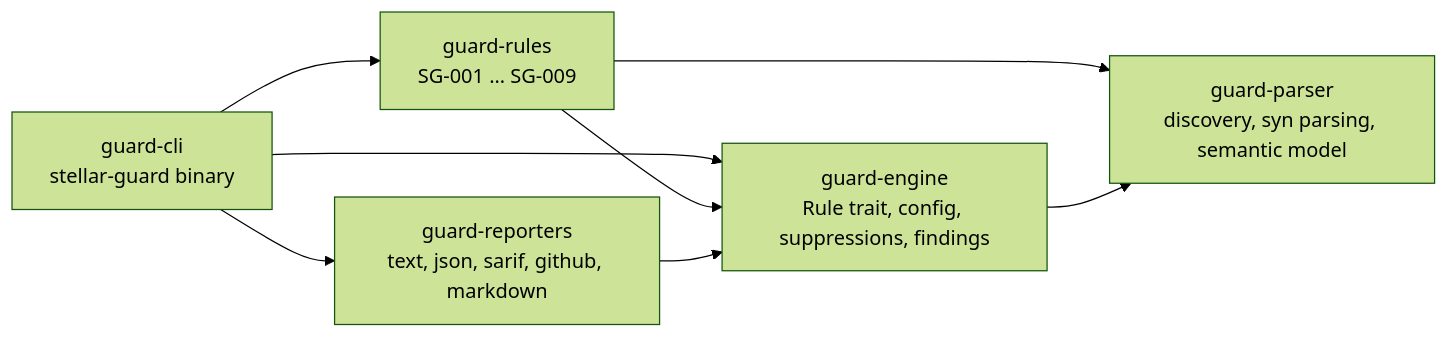
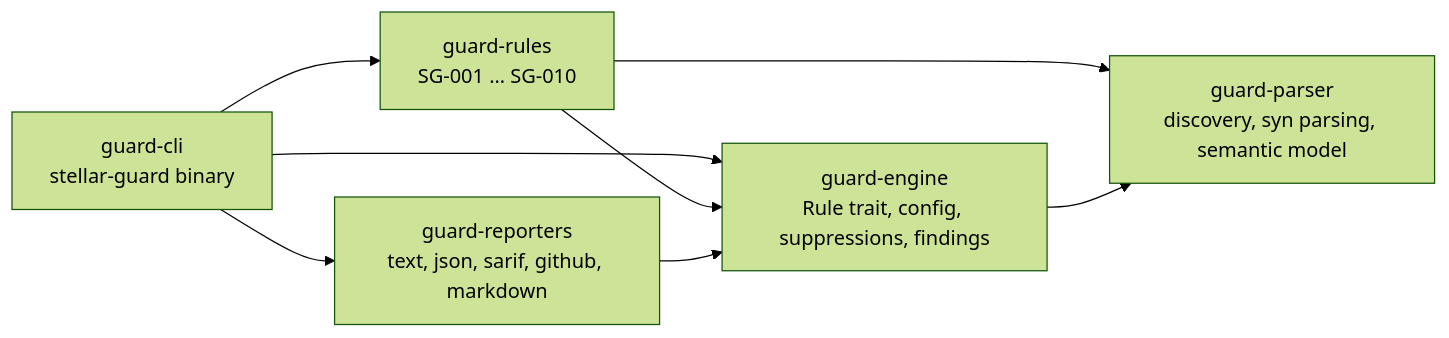
One commit to Sundriveauto/Soroban-Security-Rules-Toolkit changed the first of 2 diagrams in docs/architecture.md. Above: the diagram before and after it, drawn with Mermaid (forest theme). The commit also changed other lines of this file and 18 other files, not shown here.

````diff
--- a/docs/architecture.md
+++ b/docs/architecture.md
@@ -5,10 +5,10 @@
 ```mermaid
 flowchart LR
-    CLI["guard-cli<br/>stellar-guard binary"] --> RULES["guard-rules<br/>SG-001 … SG-009"]
+    CLI["guard-cli<br/>stellar-guard binary"] --> RULES["guard-rules<br/>SG-001 … SG-010"]
     CLI --> REP["guard-reporters<br/>text, json, sarif, github, markdown"]
     CLI --> ENG
     RULES --> ENG["guard-engine<br/>Rule trait, config, suppressions, findings"]
     REP --> ENG
     RULES --> PAR
     ENG --> PAR["guard-parser<br/>discovery, syn parsing, semantic model"]
 ```
````
